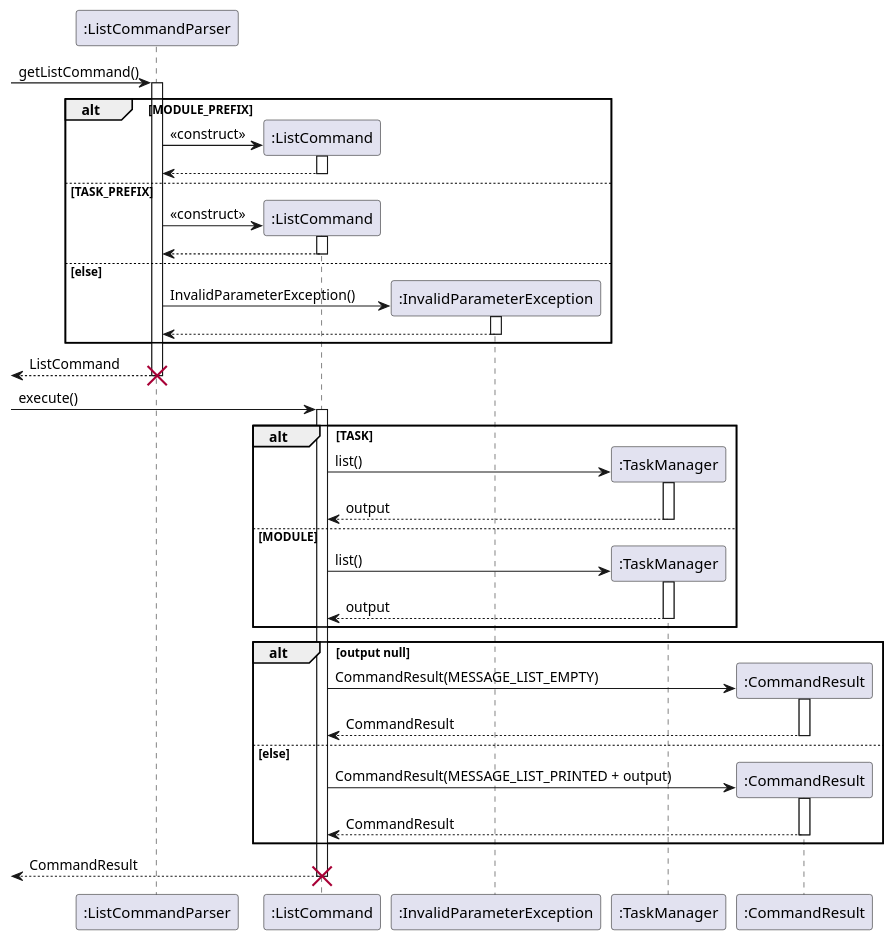
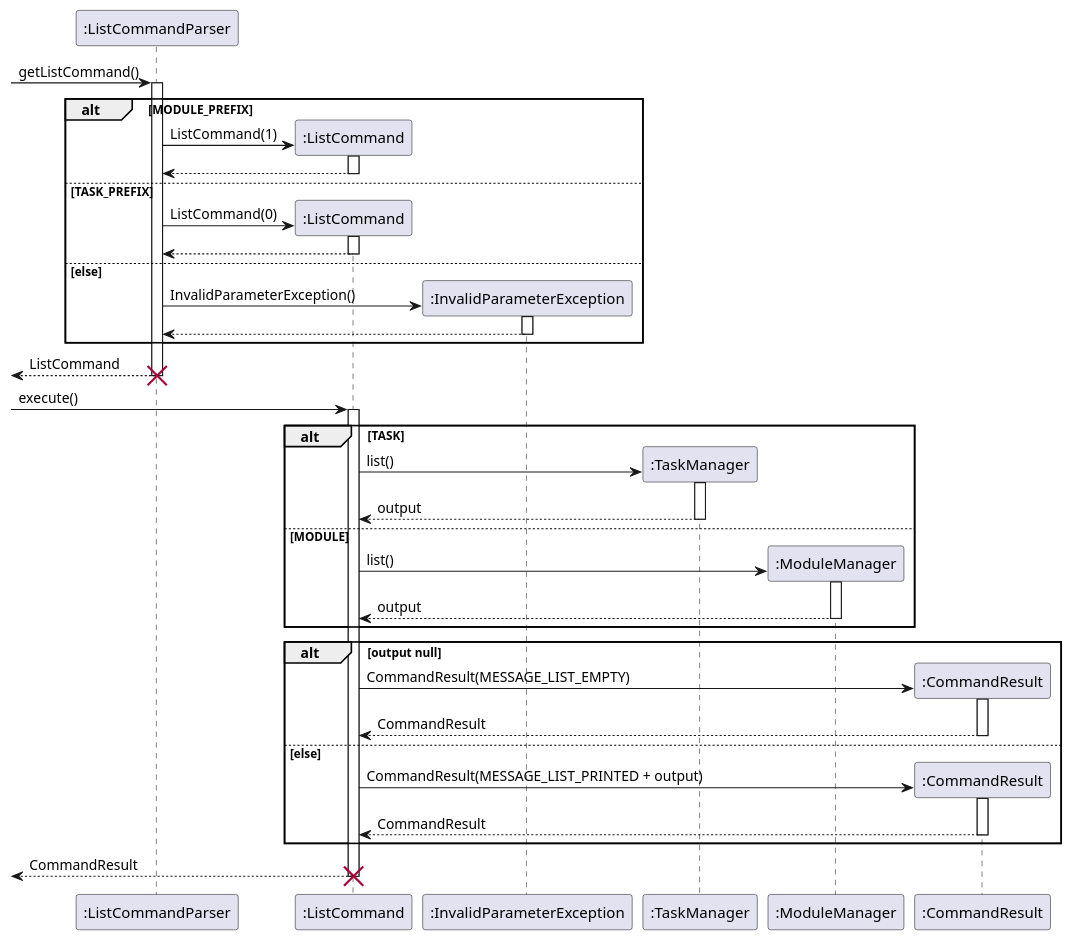
The diagram in docs/diagrams/UML/ListCommandSequenceDiagram.puml (wangqinNick/tp), drawn with PlantUML before and after one commit. The commit also changed 1 other file, not shown here.

Commit message:
Fix listcommand seq diagram

```diff
--- a/docs/diagrams/UML/ListCommandSequenceDiagram.puml
+++ b/docs/diagrams/UML/ListCommandSequenceDiagram.puml
@@ -1,57 +1,57 @@
 @startuml
 -> ":ListCommandParser": getListCommand()
 activate ":ListCommandParser"
 alt MODULE_PREFIX
     create ":ListCommand"
-    ":ListCommandParser" -> ":ListCommand": <<construct>>
+    ":ListCommandParser" -> ":ListCommand": ListCommand(1)
         activate ":ListCommand"
         ":ListCommandParser" <-- ":ListCommand":
         deactivate ":ListCommand"
 else TASK_PREFIX
     create ":ListCommand"
-        ":ListCommandParser" -> ":ListCommand": <<construct>>
+        ":ListCommandParser" -> ":ListCommand": ListCommand(0)
             activate ":ListCommand"
             ":ListCommandParser" <-- ":ListCommand":
             deactivate ":ListCommand"
 else else
     create ":InvalidParameterException"
     ":ListCommandParser" -> ":InvalidParameterException": InvalidParameterException()
     activate ":InvalidParameterException"
     ":ListCommandParser" <-- ":InvalidParameterException"
     deactivate ":InvalidParameterException"
 end
 <-- ":ListCommandParser": ListCommand
 destroy ":ListCommandParser"
 
 -> ":ListCommand": execute()
 activate ":ListCommand"
     alt TASK
         create ":TaskManager"
         ":ListCommand" -> ":TaskManager": list()
         activate ":TaskManager"
         ":ListCommand" <-- ":TaskManager": output
         deactivate ":TaskManager"
     else MODULE
-    create ":TaskManager"
-            ":ListCommand" -> ":TaskManager": list()
-            activate ":TaskManager"
-            ":ListCommand" <-- ":TaskManager": output
-            deactivate ":TaskManager"
+    create ":ModuleManager"
+            ":ListCommand" -> ":ModuleManager": list()
+            activate ":ModuleManager"
+            ":ListCommand" <-- ":ModuleManager": output
+            deactivate ":ModuleManager"
     end
 
     alt output null
         create ":CommandResult"
         ":ListCommand" -> ":CommandResult": CommandResult(MESSAGE_LIST_EMPTY)
         activate ":CommandResult"
         ":ListCommand" <-- ":CommandResult": CommandResult
         deactivate ":CommandResult"
     else else
         create ":CommandResult"
         ":ListCommand" -> ":CommandResult": CommandResult(MESSAGE_LIST_PRINTED + output)
         activate ":CommandResult"
         ":ListCommand" <-- ":CommandResult": CommandResult
         deactivate ":CommandResult"
     end
 <-- ":ListCommand": CommandResult
 destroy ":ListCommand"
 @enduml
```
